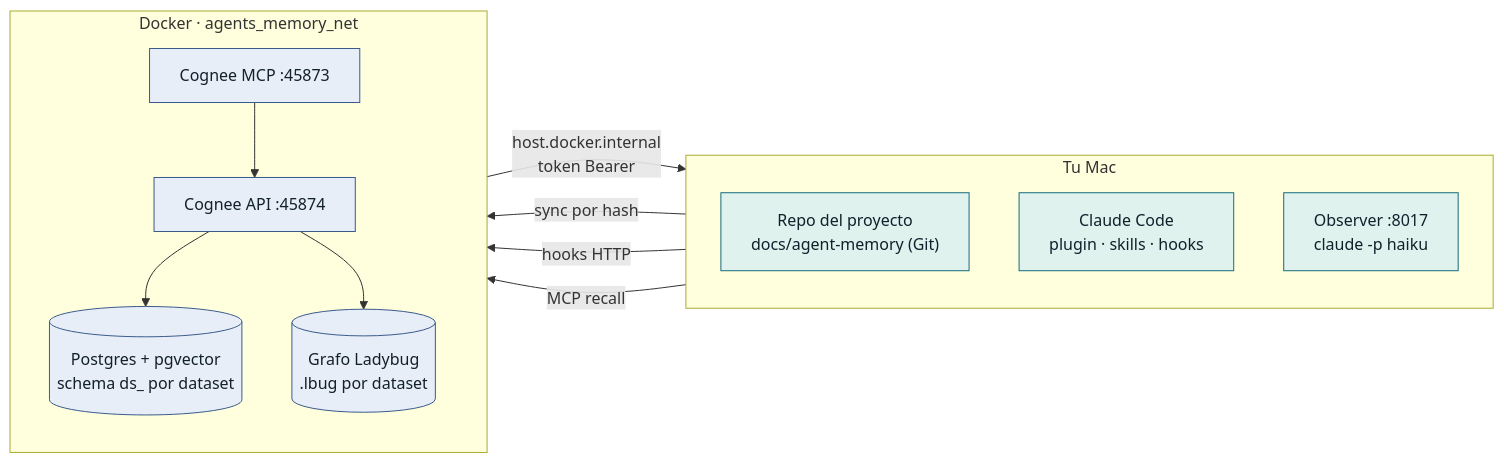
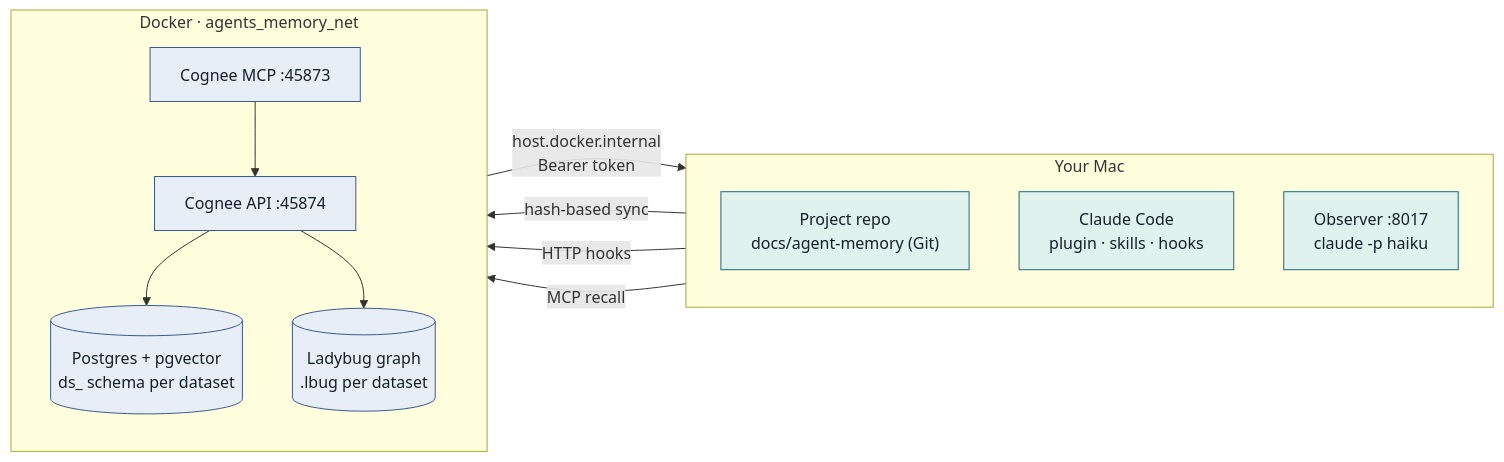
The diagram in docs/diagrams/01-arquitectura.mmd (WRopero/Timewarden), drawn with Mermaid before and after one commit. The commit also changed 97 other files, not shown here.

```diff
--- a/docs/diagrams/01-arquitectura.mmd
+++ b/docs/diagrams/01-arquitectura.mmd
@@ -1,25 +1,25 @@
 flowchart LR
-  subgraph MAC["Tu Mac"]
+  subgraph MAC["Your Mac"]
     direction TB
-    MD["Repo del proyecto<br/>docs/agent-memory (Git)"]
+    MD["Project repo<br/>docs/agent-memory (Git)"]
     CC["Claude Code<br/>plugin · skills · hooks"]
     OBS["Observer :8017<br/>claude -p haiku"]
   end
   subgraph DK["Docker · agents_memory_net"]
     direction TB
     MCP["Cognee MCP :45873"]
     API["Cognee API :45874"]
-    PG[("Postgres + pgvector<br/>schema ds_ por dataset")]
-    GR[("Grafo Ladybug<br/>.lbug por dataset")]
+    PG[("Postgres + pgvector<br/>ds_ schema per dataset")]
+    GR[("Ladybug graph<br/>.lbug per dataset")]
   end
-  MD -->|"sync por hash"| API
-  CC -->|"hooks HTTP"| API
+  MD -->|"hash-based sync"| API
+  CC -->|"HTTP hooks"| API
   CC -->|"MCP recall"| MCP
   MCP --> API
   API --> PG
   API --> GR
-  API -->|"host.docker.internal<br/>token Bearer"| OBS
+  API -->|"host.docker.internal<br/>Bearer token"| OBS
   classDef mac fill:#E0F2EE,stroke:#176B7B,color:#12202B
   classDef dock fill:#E8EEF7,stroke:#3B5B8C,color:#12202B
   class CC,OBS,MD mac
   class API,MCP,PG,GR dock
```
